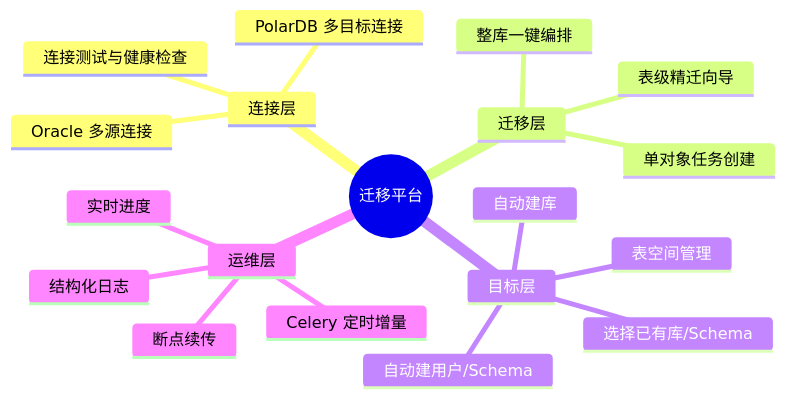
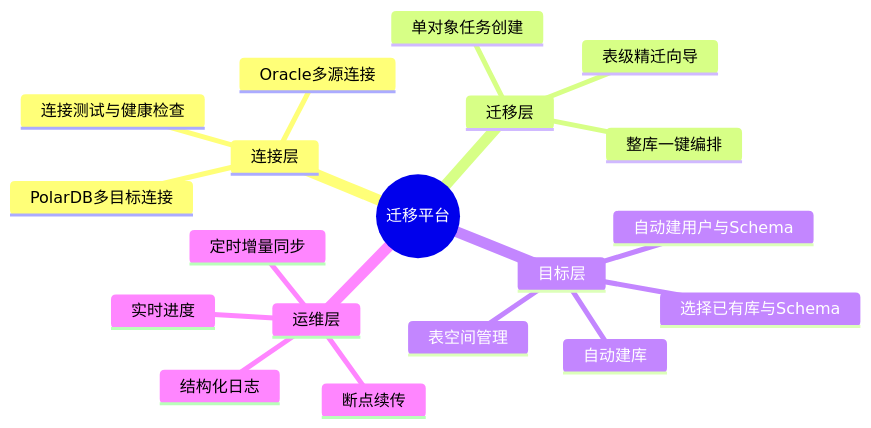
The first of 5 diagrams in README.md (hayratjan/oracle2polardb_pg), drawn with Mermaid before and after one commit. The commit also changed other lines of this file and 5 other files, not shown here.

First line of the commit message:
docs: 美化 README 文档并修复 Mermaid 10.9.3 语法兼容性

````diff
--- a/README.md
+++ b/README.md
@@ -82,22 +131,22 @@
 ```mermaid
 mindmap
   root((迁移平台))
     连接层
-      Oracle 多源连接
-      PolarDB 多目标连接
+      Oracle多源连接
+      PolarDB多目标连接
       连接测试与健康检查
     迁移层
       表级精迁向导
       整库一键编排
       单对象任务创建
     目标层
-      选择已有库/Schema
+      选择已有库与Schema
       自动建库
-      自动建用户/Schema
+      自动建用户与Schema
       表空间管理
     运维层
       实时进度
       结构化日志
       断点续传
-      Celery 定时增量
+      定时增量同步
 ```
````
